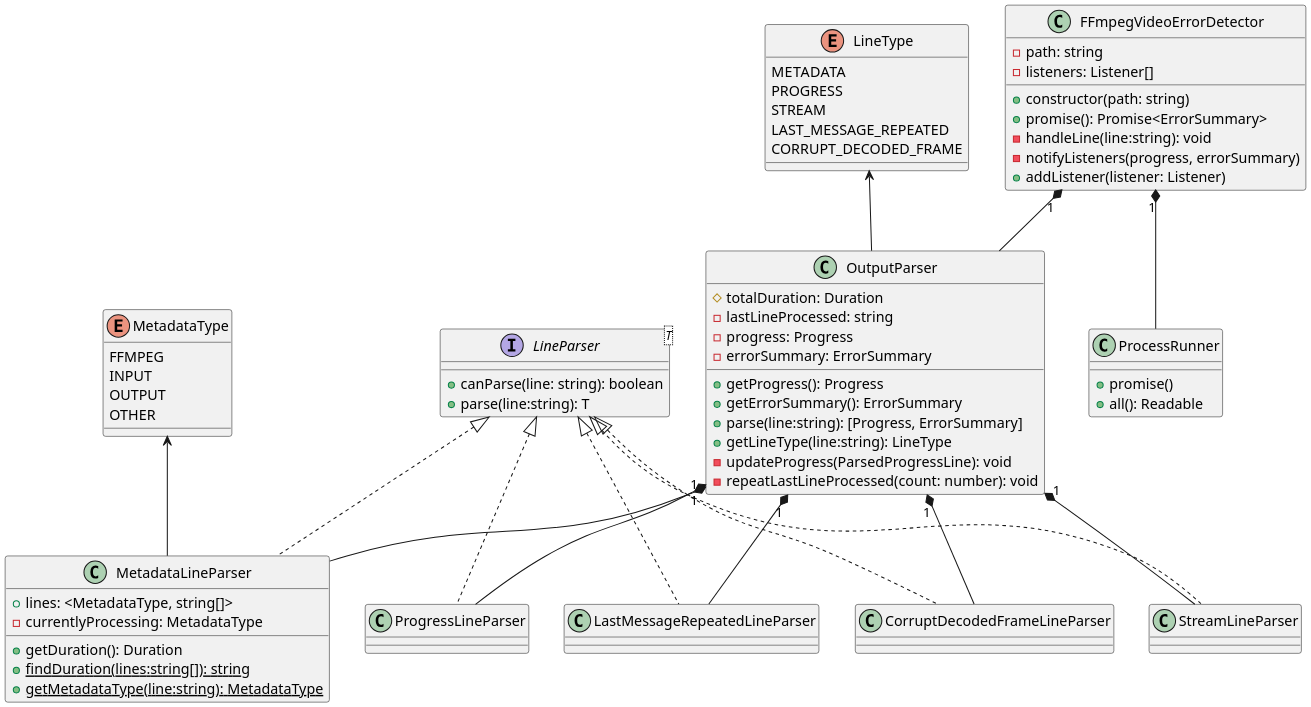
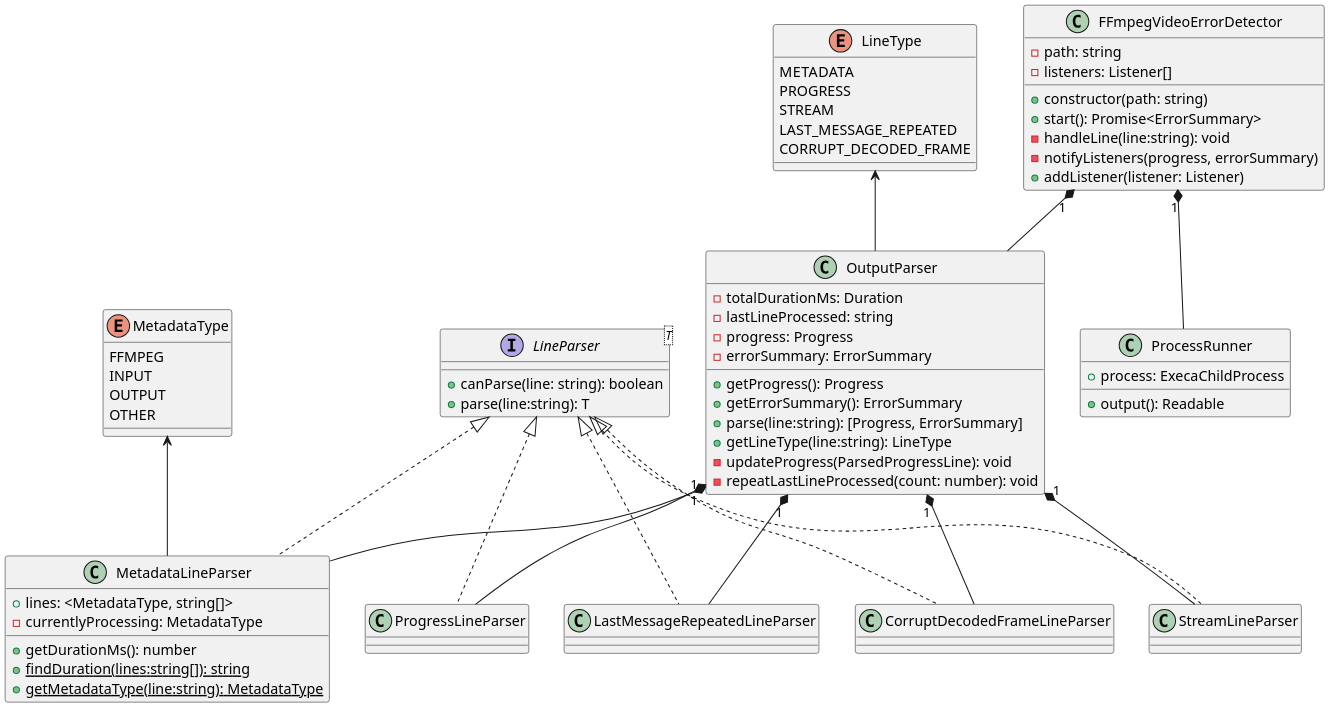
Before and after one commit to rasmuslp/media-inspector: the diagram in docs/video-error-detector.plantuml, drawn with PlantUML. The commit also changed 11 other files, not shown here.

```diff
--- a/docs/video-error-detector.plantuml
+++ b/docs/video-error-detector.plantuml
@@ -1,90 +1,90 @@
 @startuml Video error detector
 scale 2
 
 interface LineParser<T> {
 	+canParse(line: string): boolean
 	+parse(line:string): T
 }
 
 class MetadataLineParser implements LineParser {
 	+lines: <MetadataType, string[]>
 	-currentlyProcessing: MetadataType
-	+getDuration(): Duration
+	+getDurationMs(): number
 	{static} +findDuration(lines:string[]): string
 	{static} +getMetadataType(line:string): MetadataType
 }
 
 enum MetadataType {
 	FFMPEG
 	INPUT
 	OUTPUT
 	OTHER
 }
 
 MetadataType <-- MetadataLineParser
 
 class StreamLineParser implements LineParser {
 
 }
 
 class ProgressLineParser implements LineParser {
 
 }
 
 class LastMessageRepeatedLineParser implements LineParser {
 
 }
 
 class CorruptDecodedFrameLineParser implements LineParser {
 
 }
 
 class OutputParser {
-	#totalDuration: Duration
+	-totalDurationMs: Duration
 	-lastLineProcessed: string
 	-progress: Progress
 	-errorSummary: ErrorSummary
 	+getProgress(): Progress
 	+getErrorSummary(): ErrorSummary
 	+parse(line:string): [Progress, ErrorSummary]
 	+getLineType(line:string): LineType
 	-updateProgress(ParsedProgressLine): void
 	-repeatLastLineProcessed(count: number): void
 }
 
 enum LineType {
 	METADATA
 	PROGRESS
 	STREAM
 	LAST_MESSAGE_REPEATED
 	CORRUPT_DECODED_FRAME
 }
 
 LineType <-- OutputParser
 
 class FFmpegVideoErrorDetector {
 	-path: string
 	-listeners: Listener[]
 	+constructor(path: string)
-	+promise(): Promise<ErrorSummary>
+	+start(): Promise<ErrorSummary>
 	-handleLine(line:string): void
 	-notifyListeners(progress, errorSummary)
 	+addListener(listener: Listener)
 }
 
 class ProcessRunner {
-	+promise()
-	+all(): Readable
+	+process: ExecaChildProcess
+	+output(): Readable
 }
 
 FFmpegVideoErrorDetector "1" *-- OutputParser
 FFmpegVideoErrorDetector "1" *-- ProcessRunner
 
 OutputParser "1" *-- LastMessageRepeatedLineParser
 OutputParser "1" *-- MetadataLineParser
 OutputParser "1" *-- StreamLineParser
 OutputParser "1" *-- ProgressLineParser
 OutputParser "1" *-- CorruptDecodedFrameLineParser
 
 
 @enduml
```
